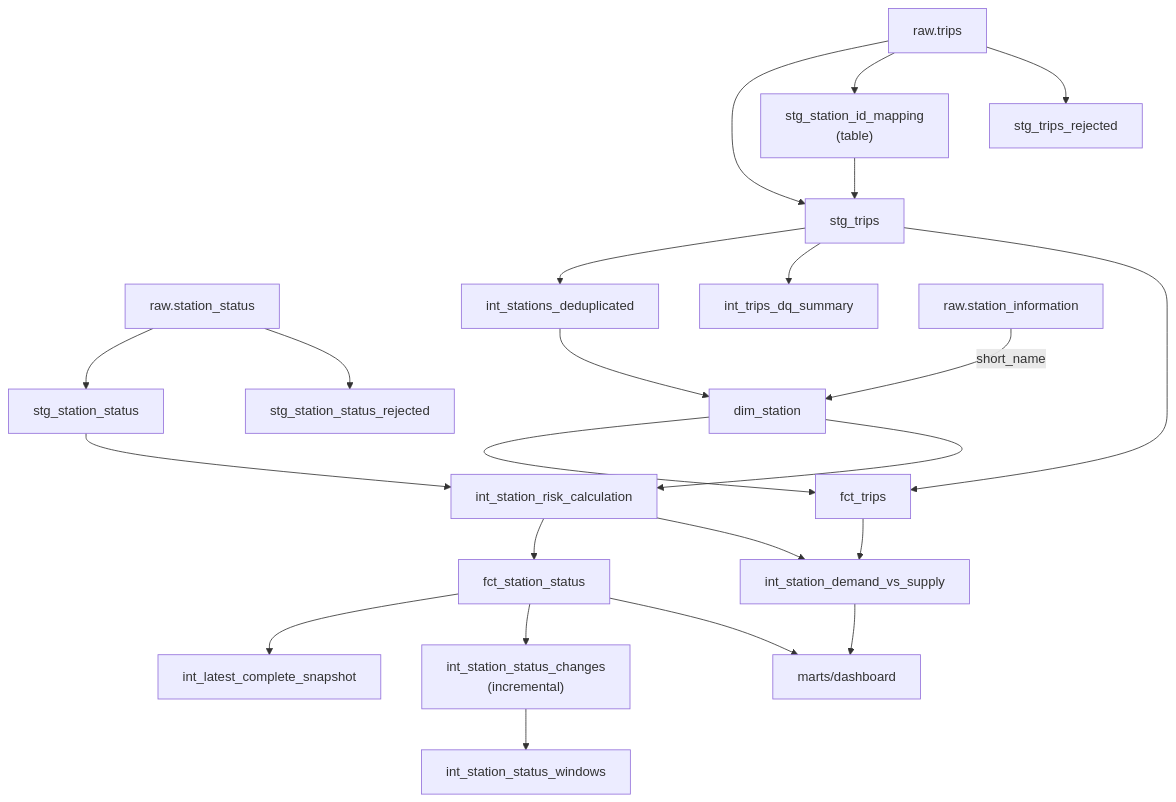
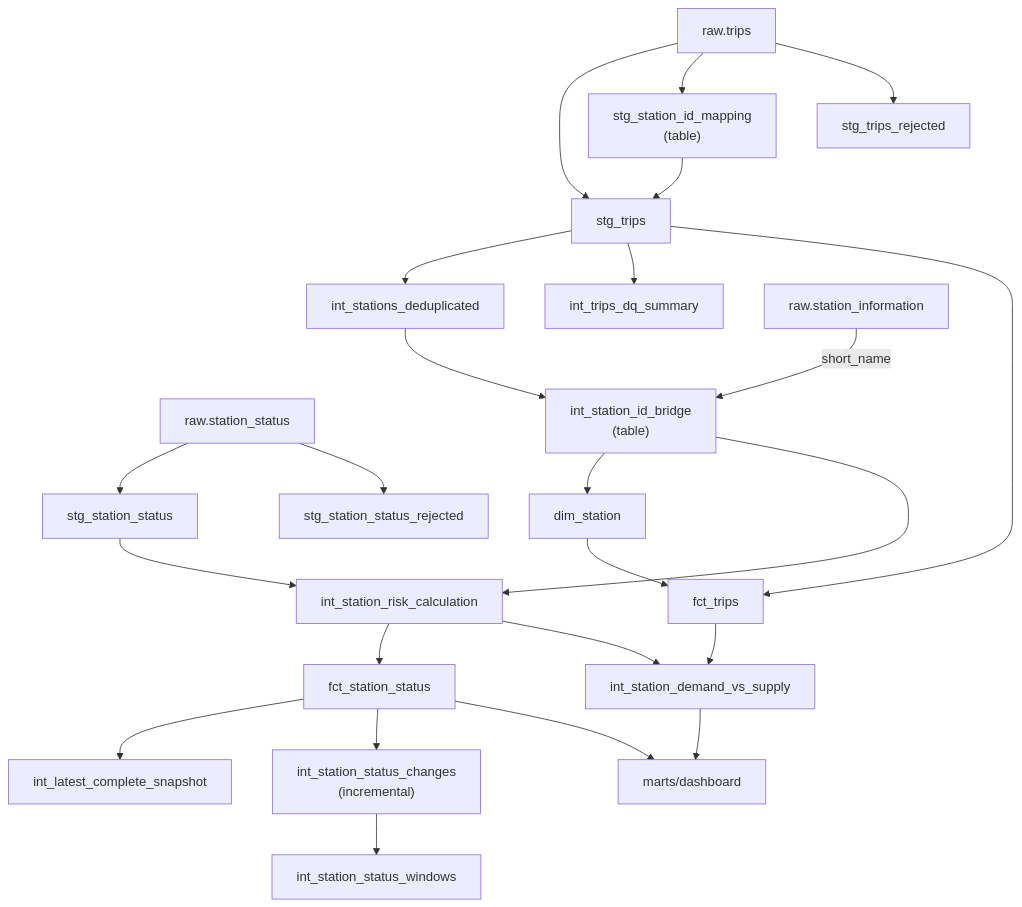
One commit to shuhaib-ak00/citibike-batch-streaming-pipeline changed the fifth of 5 diagrams in docs/erd.md. Above: the diagram before and after it, drawn with Mermaid. The commit also changed other lines of this file and 8 other files, not shown here.

````diff
--- a/docs/erd.md
+++ b/docs/erd.md
@@ -191,25 +191,26 @@
 ```mermaid
 flowchart TD
     rt["raw.trips"] --> st["stg_trips"]
     rt --> sid["stg_station_id_mapping<br/>(table)"]
     sid --> st
     rt --> str["stg_trips_rejected"]
     rss["raw.station_status"] --> ss["stg_station_status"]
     rss --> ssr["stg_station_status_rejected"]
     st --> ids["int_stations_deduplicated"]
     st --> dq["int_trips_dq_summary"]
-    ids --> dsm["dim_station"]
-    ri["raw.station_information"] -->|"short_name"| dsm
+    ids --> isb["int_station_id_bridge<br/>(table)"]
+    ri["raw.station_information"] -->|"short_name"| isb
+    isb --> dsm["dim_station"]
     st --> ft["fct_trips"]
     dsm --> ft
     ss --> isr["int_station_risk_calculation"]
-    dsm --> isr
+    isb --> isr
     isr --> fss["fct_station_status"]
     fss --> ilcs["int_latest_complete_snapshot"]
     fss --> isc["int_station_status_changes<br/>(incremental)"]
     isc --> isw["int_station_status_windows"]
     fss --> marts["marts/dashboard"]
     isd["int_station_demand_vs_supply"] --> marts
     ft --> isd
     isr --> isd
 ```
````
